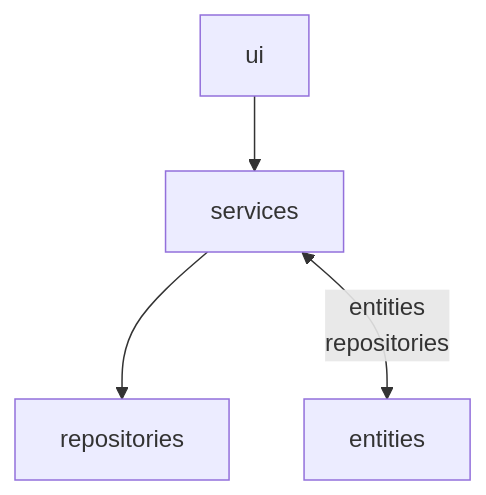
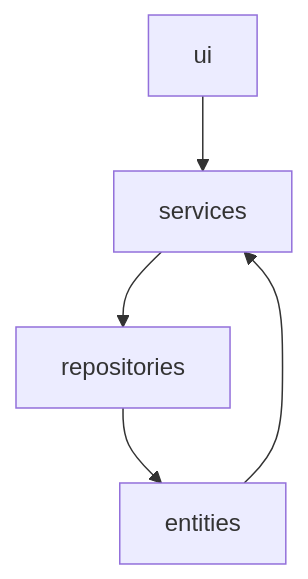
One commit to brotholi/ot-harjoitustyo changed the first of 5 diagrams in dokumentaatio/arkkitehtuuri.md. Above: the diagram before and after it, drawn with Mermaid.

````diff
--- a/dokumentaatio/arkkitehtuuri.md
+++ b/dokumentaatio/arkkitehtuuri.md
@@ -7,7 +7,7 @@
 ```mermaid
  flowchart TD
      ui --> services
      services --> repositories
-     services <-- entities
+     entities --> services
      repositories --> entities
 ```
````
